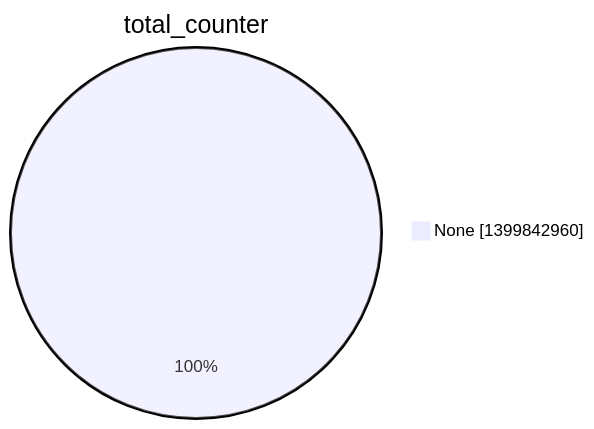
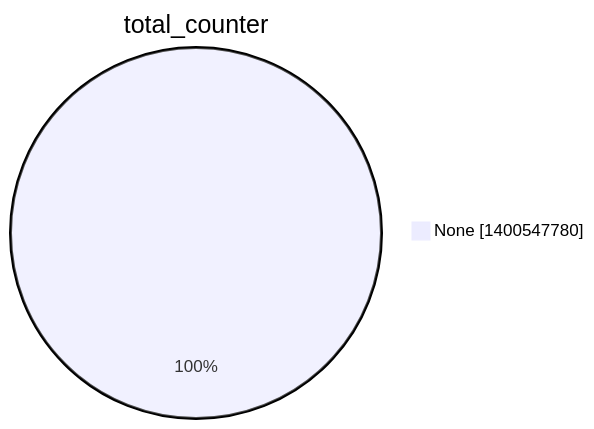
Before and after one commit to christiankrug/ctmonitor_visualization: the second of 15 diagrams in argon2022/README.md, drawn with Mermaid. The commit also changed other lines of this file, not shown here.

````diff
--- a/argon2022/README.md
+++ b/argon2022/README.md
@@ -9,5 +9,5 @@
 ```mermaid
 pie showData
 title total_counter
-"None" :1399842960
+"None" :1400547780
 ```
````
